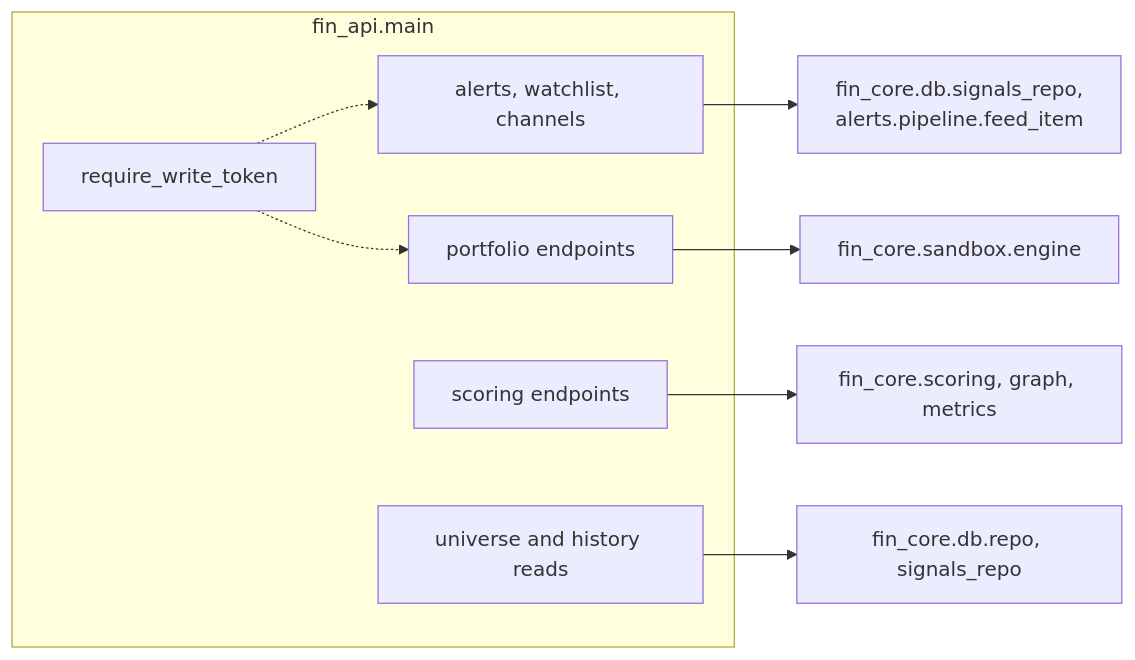
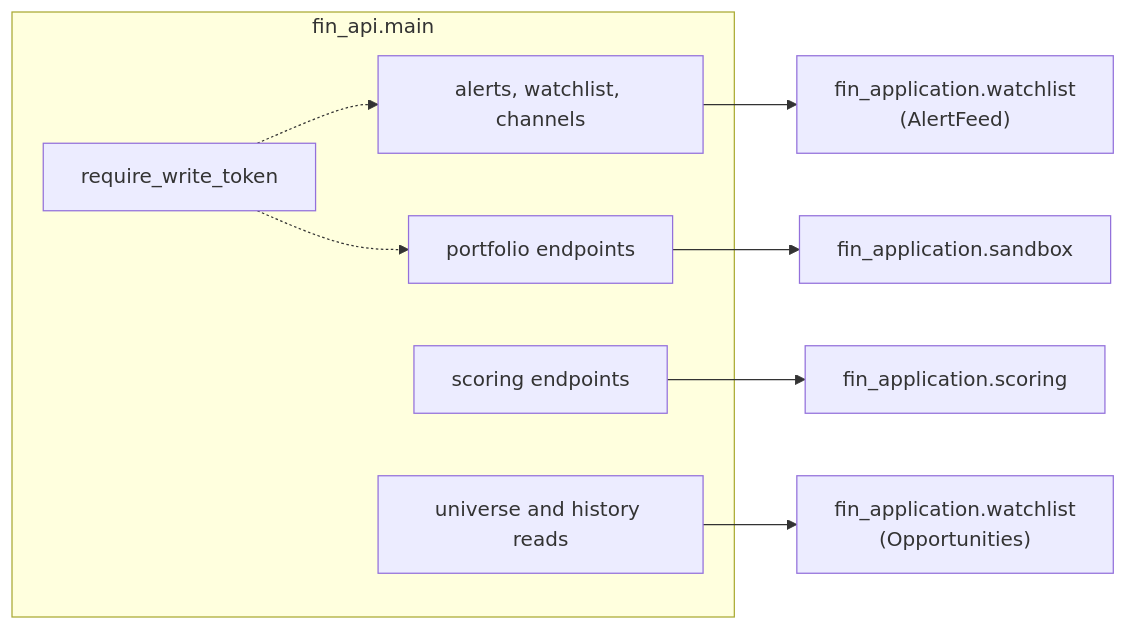
One commit to festei/fin_app changed the first of 3 diagrams in docs/architecture/07-api-and-web.md. Above: the diagram before and after it, drawn with Mermaid. The commit also changed 77 other files, not shown here.

````diff
--- a/docs/architecture/07-api-and-web.md
+++ b/docs/architecture/07-api-and-web.md
@@ -30,16 +30,16 @@
 ```mermaid
 flowchart LR
   subgraph api["fin_api.main"]
     sc["scoring endpoints"]
     un["universe and history reads"]
     al["alerts, watchlist, channels"]
     sb["portfolio endpoints"]
     gd["require_write_token"]
   end
-  sc --> core1["fin_core.scoring, graph, metrics"]
-  un --> core2["fin_core.db.repo, signals_repo"]
-  al --> core3["fin_core.db.signals_repo,<br/>alerts.pipeline.feed_item"]
-  sb --> core4["fin_core.sandbox.engine"]
+  sc --> core1["fin_application.scoring"]
+  un --> core2["fin_application.watchlist<br/>(Opportunities)"]
+  al --> core3["fin_application.watchlist<br/>(AlertFeed)"]
+  sb --> core4["fin_application.sandbox"]
   gd -.-> al
   gd -.-> sb
 ```
````
